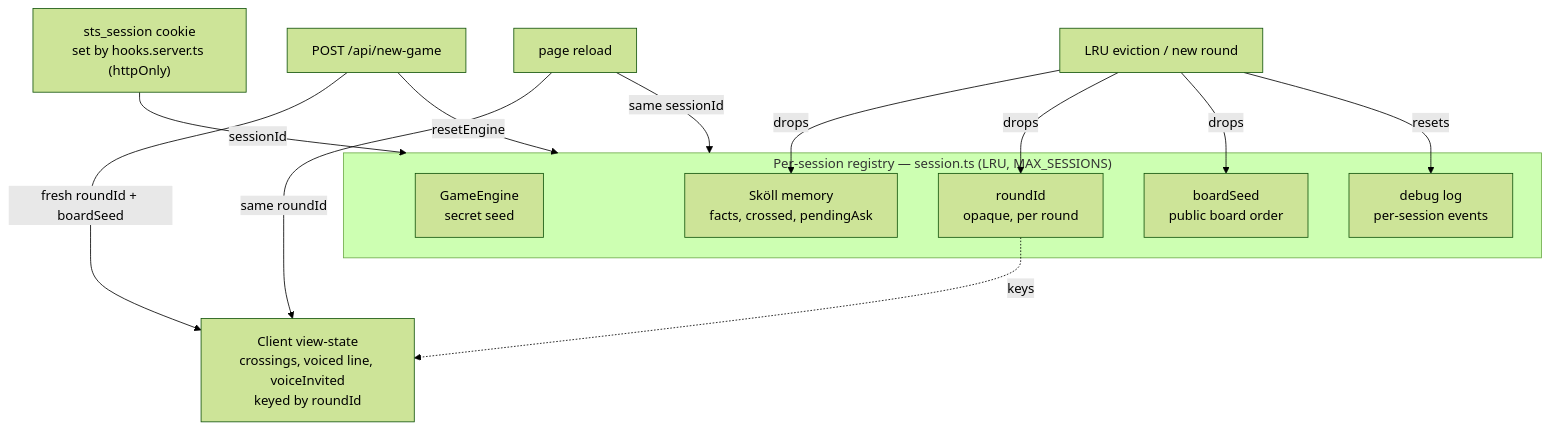
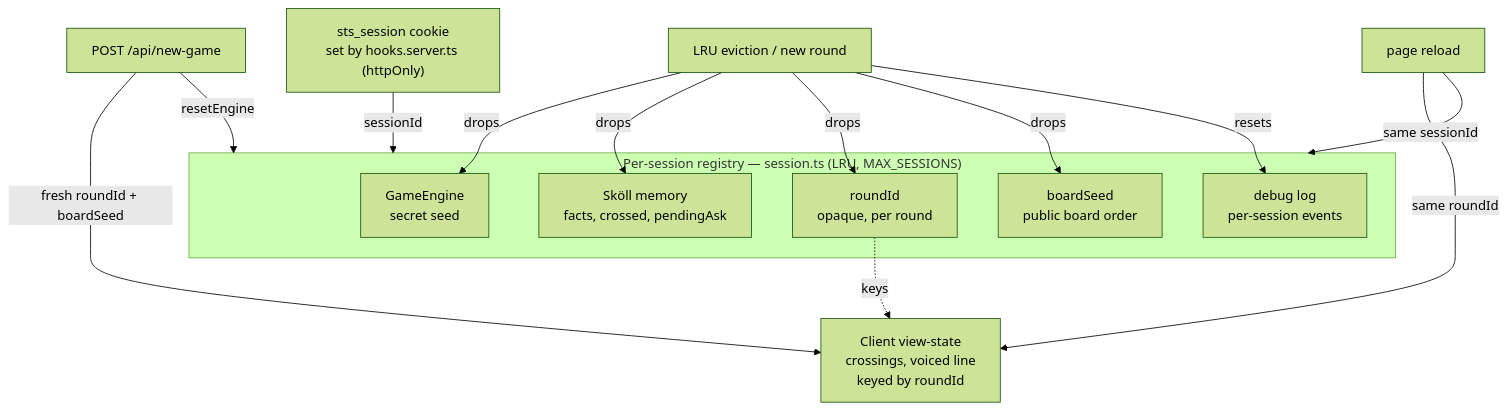
The fifth of 5 diagrams in docs/architecture.md (anchildress1/save-the-sun), drawn with Mermaid (forest theme) before and after one commit. The commit also changed other lines of this file and 73 other files, not shown here.

````diff
--- a/docs/architecture.md
+++ b/docs/architecture.md
@@ -189,31 +192,32 @@
 ```mermaid
 flowchart TB
     accTitle: Session and state lifecycle
     accDescr: A session cookie set by hooks.server.ts keys an LRU-capped per-session registry holding the engine, Sköll memory, round id, board seed, and debug log. New-game resets them; the client persists view-state keyed by round id.
 
     Cookie["sts_session cookie<br/>set by hooks.server.ts (httpOnly)"]
 
     subgraph Registry["Per-session registry — session.ts (LRU, MAX_SESSIONS)"]
         Engine["GameEngine<br/>secret seed"]
         SköllMem["Sköll memory<br/>facts, crossed, pendingAsk"]
         RoundId["roundId<br/>opaque, per round"]
         BoardSeed["boardSeed<br/>public board order"]
         DLog["debug log<br/>per-session events"]
     end
 
-    ClientStore["Client view-state<br/>crossings, voiced line, voiceInvited<br/>keyed by roundId"]
+    ClientStore["Client view-state<br/>crossings, voiced line<br/>keyed by roundId"]
 
     Cookie -->|sessionId| Registry
 
     NewGame["POST /api/new-game"] -->|resetEngine| Registry
     NewGame -->|fresh roundId + boardSeed| ClientStore
 
     RoundId -.keys.-> ClientStore
     Reload["page reload"] -->|same roundId| ClientStore
     Reload -->|same sessionId| Registry
 
-    Evict["LRU eviction / new round"] -->|drops| SköllMem
+    Evict["LRU eviction / new round"] -->|drops| Engine
+    Evict -->|drops| SköllMem
     Evict -->|drops| RoundId
     Evict -->|drops| BoardSeed
     Evict -->|resets| DLog
 ```
````
